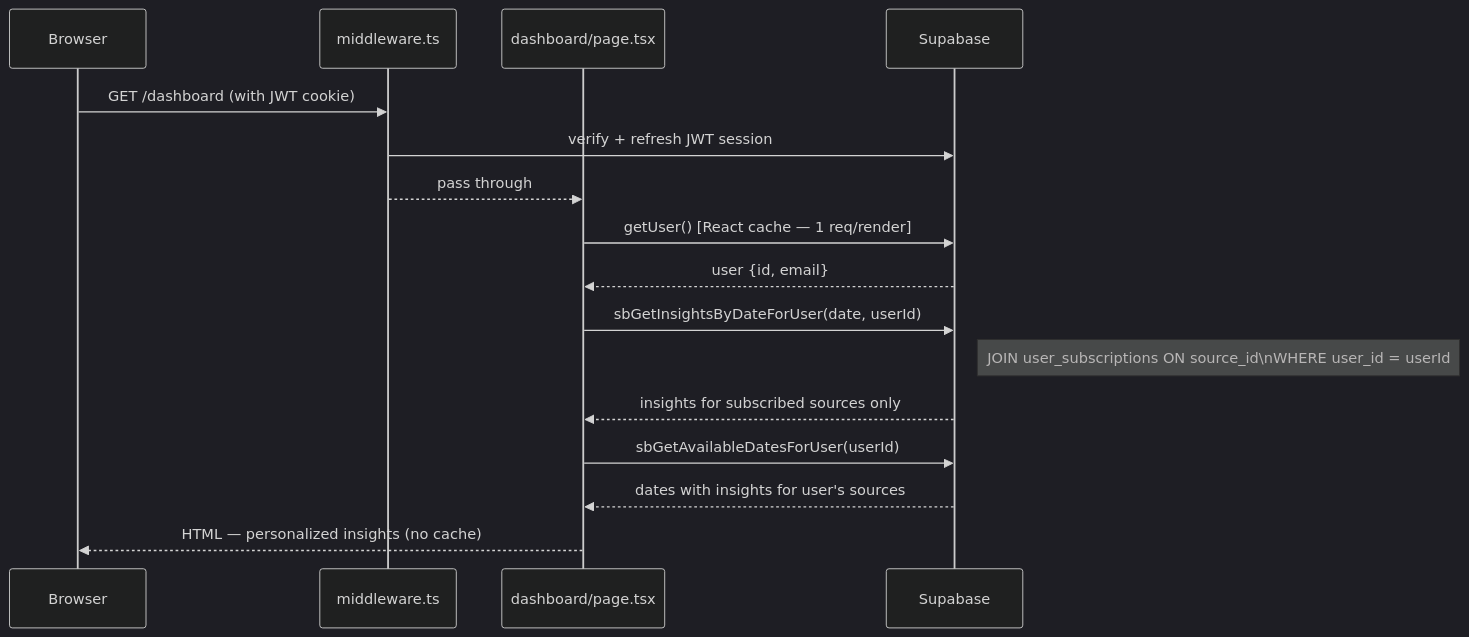
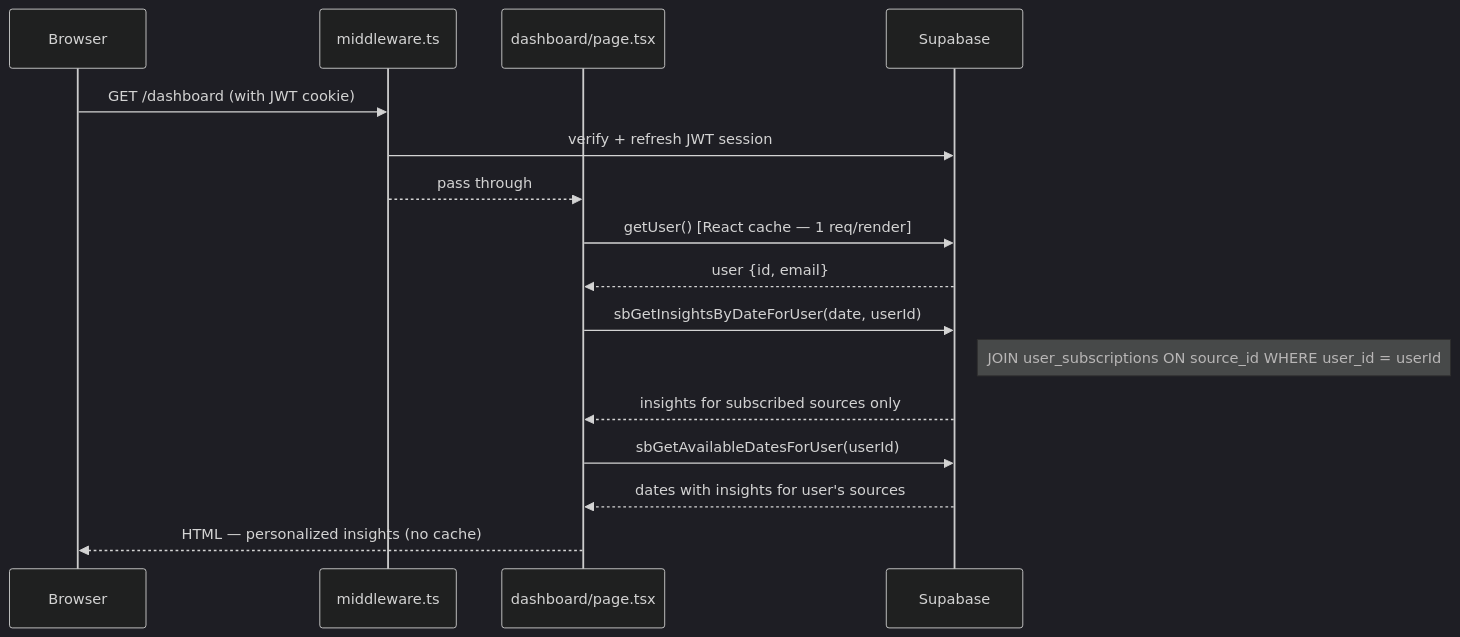
Before and after one commit to vtghub/PodcastsSummarizer: the third of 17 diagrams in docs/request-workflow.md, drawn with Mermaid (dark theme). The commit also changed other lines of this file, not shown here.

First line of the commit message:
fix: resolve Mermaid parse errors in request-workflow diagrams

````diff
--- a/docs/request-workflow.md
+++ b/docs/request-workflow.md
@@ -99,19 +99,19 @@
 ```mermaid
 sequenceDiagram
     participant B as Browser
     participant MW as middleware.ts
     participant PAGE as dashboard/page.tsx
     participant DB as Supabase
 
     B->>MW: GET /dashboard (with JWT cookie)
     MW->>DB: verify + refresh JWT session
     MW-->>PAGE: pass through
     PAGE->>DB: getUser() [React cache — 1 req/render]
     DB-->>PAGE: user {id, email}
     PAGE->>DB: sbGetInsightsByDateForUser(date, userId)
-    Note right of DB: JOIN user_subscriptions ON source_id\nWHERE user_id = userId
+    Note right of DB: JOIN user_subscriptions ON source_id WHERE user_id = userId
     DB-->>PAGE: insights for subscribed sources only
     PAGE->>DB: sbGetAvailableDatesForUser(userId)
     DB-->>PAGE: dates with insights for user's sources
     PAGE-->>B: HTML — personalized insights (no cache)
 ```
````
